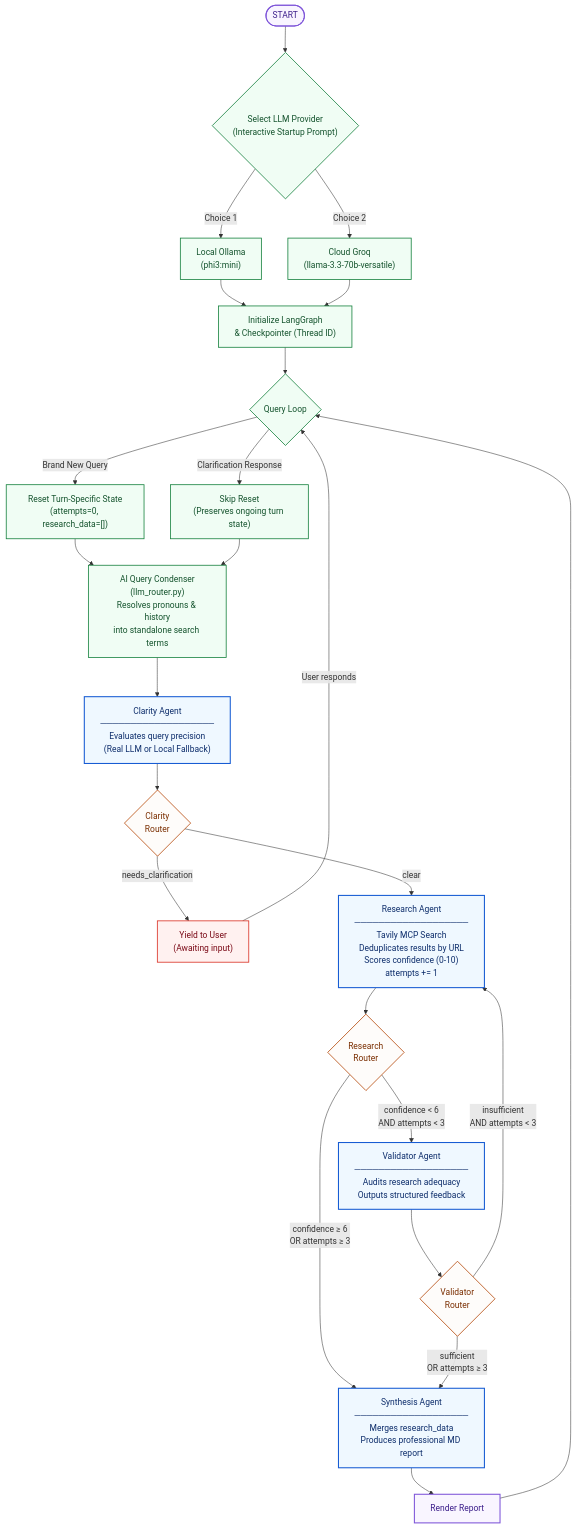
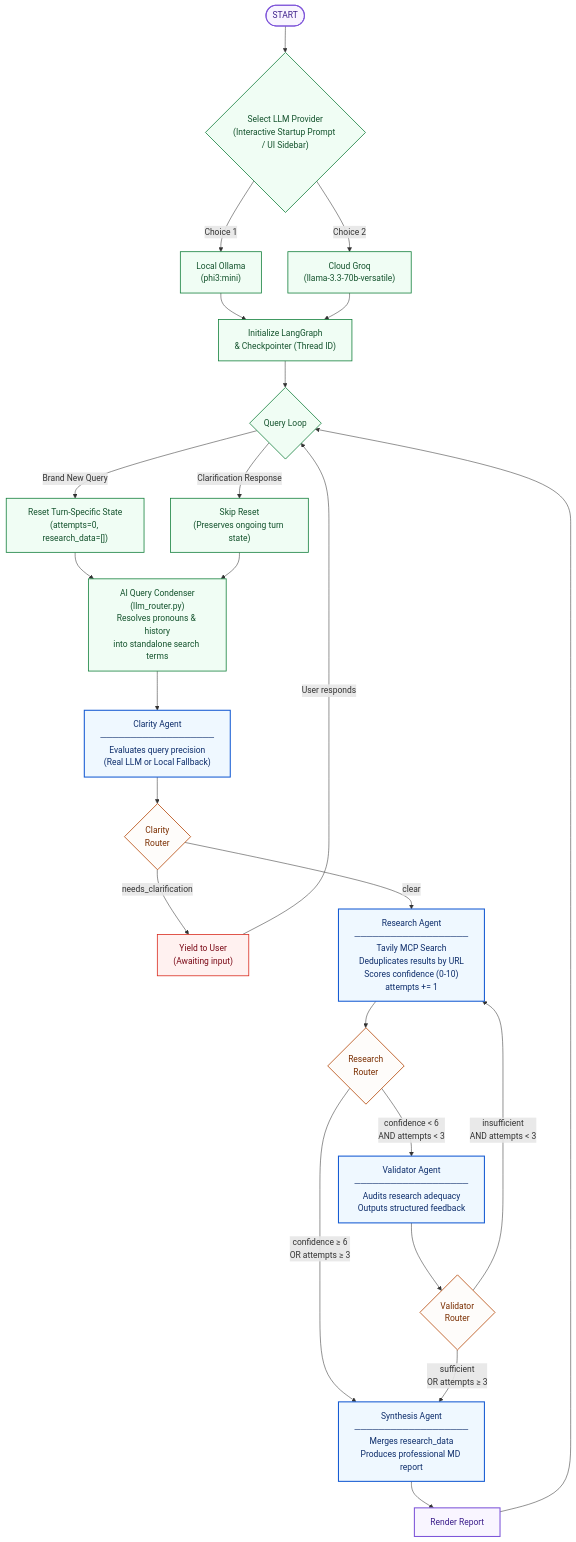
Before and after one commit to uShaukat3737/ResearchFlow_AI: the diagram in README.md, drawn with Mermaid. The commit also changed other lines of this file and 2 other files, not shown here.

````diff
--- a/README.md
+++ b/README.md
@@ -20,56 +23,56 @@
 ```mermaid
 flowchart TD
     %% Startup & Configuration
-    START([START]) --> SELECT_PROVIDER{"Select LLM Provider\n(Interactive Startup Prompt)"}
+    START([START]) --> SELECT_PROVIDER{"Select LLM Provider\n(Interactive Startup Prompt / UI Sidebar)"}
     
     SELECT_PROVIDER -->|Choice 1| LOCAL_OLLAMA["Local Ollama\n(phi3:mini)"]
     SELECT_PROVIDER -->|Choice 2| CLOUD_GROQ["Cloud Groq\n(llama-3.3-70b-versatile)"]
     
     LOCAL_OLLAMA --> INIT_GRAPH
     CLOUD_GROQ --> INIT_GRAPH
     
     INIT_GRAPH["Initialize LangGraph\n& Checkpointer (Thread ID)"] --> INPUT_LOOP{"Query Loop"}
     
     INPUT_LOOP -->|Brand New Query| RESET_STATE["Reset Turn-Specific State\n(attempts=0, research_data=[])"]
     INPUT_LOOP -->|Clarification Response| SKIP_RESET["Skip Reset\n(Preserves ongoing turn state)"]
     
     RESET_STATE --> OPTIMIZE_QUERY
     SKIP_RESET --> OPTIMIZE_QUERY
     
     OPTIMIZE_QUERY["AI Query Condenser\n(llm_router.py)\nResolves pronouns & history\ninto standalone search terms"] --> CA
     
     %% Agent Dag Flow
     CA["Clarity Agent\n───────────────────\nEvaluates query precision\n(Real LLM or Local Fallback)"] --> CRoute{Clarity\nRouter}
     
     CRoute -->|needs_clarification| HITL["Yield to User\n(Awaiting input)"]
     HITL -->|User responds| INPUT_LOOP
     
     CRoute -->|clear| RA
     
     RA["Research Agent\n───────────────────\nTavily MCP Search\nDeduplicates results by URL\nScores confidence (0-10)\nattempts += 1"] --> RRoute{Research\nRouter}
     
     RRoute -->|confidence ≥ 6\nOR attempts ≥ 3| SA
     RRoute -->|confidence < 6\nAND attempts < 3| VA
     
     VA["Validator Agent\n───────────────────\nAudits research adequacy\nOutputs structured feedback"] --> VRoute{Validator\nRouter}
     
     VRoute -->|insufficient\nAND attempts < 3| RA
     VRoute -->|sufficient\nOR attempts ≥ 3| SA
     
     SA["Synthesis Agent\n───────────────────\nMerges research_data\nProduces professional MD report"] --> PRINT_OUTPUT["Render Report"]
     
     PRINT_OUTPUT --> INPUT_LOOP
 
     %% Styling Elements
     classDef agent fill:#eff8ff,stroke:#175cd3,stroke-width:2px,color:#0d2d6b
     classDef router fill:#fefcfa,stroke:#b54708,stroke-width:1.5px,color:#7a2e00
     classDef terminal fill:#f9f5ff,stroke:#7f56d9,stroke-width:2px,color:#3b1d8a
     classDef hitl fill:#fff1f0,stroke:#d92d20,stroke-width:1.5px,color:#7a0916
     classDef sys fill:#f0fdf4,stroke:#15803d,stroke-width:1.5px,color:#14532d
 
     class CA,RA,VA,SA agent
     class CRoute,RRoute,VRoute router
     class START,PRINT_OUTPUT terminal
     class HITL hitl
     class SELECT_PROVIDER,LOCAL_OLLAMA,CLOUD_GROQ,INIT_GRAPH,INPUT_LOOP,RESET_STATE,SKIP_RESET,OPTIMIZE_QUERY sys
 ```
````
